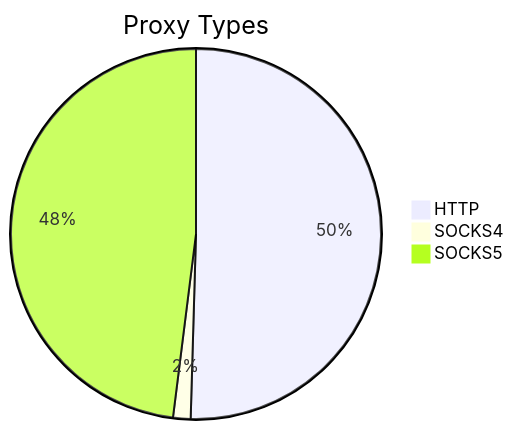
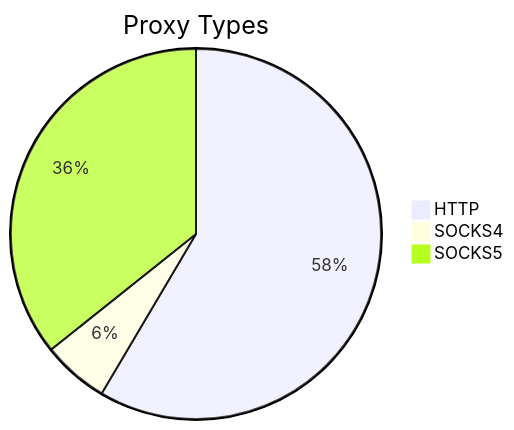
The first of 2 diagrams in README.md (stormsia/proxy-list), drawn with Mermaid before and after one commit. The commit also changed other lines of this file, not shown here.

````diff
--- a/README.md
+++ b/README.md
@@ -21,6 +21,6 @@
 ```mermaid
 pie title Proxy Types
-    "HTTP" : 660
-    "SOCKS4" : 20
-    "SOCKS5" : 628
+    "HTTP" : 678
+    "SOCKS4" : 67
+    "SOCKS5" : 414
 ```
````
